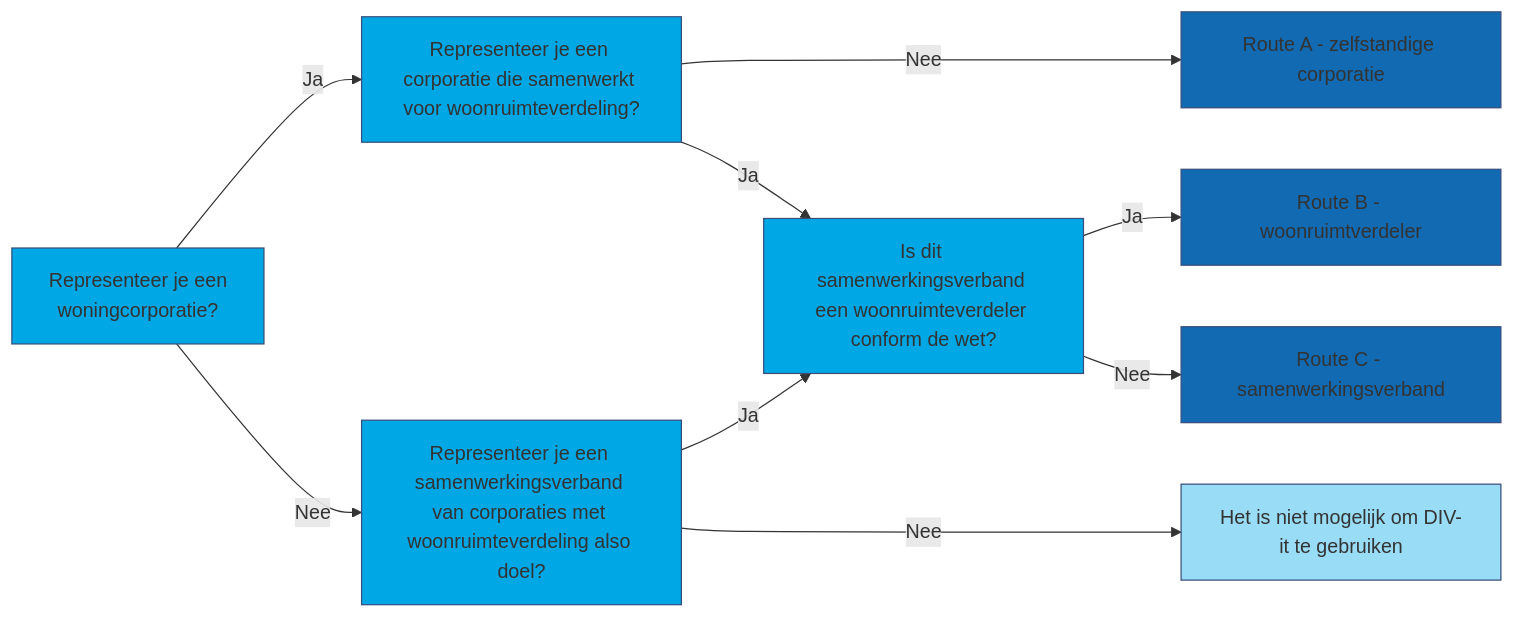
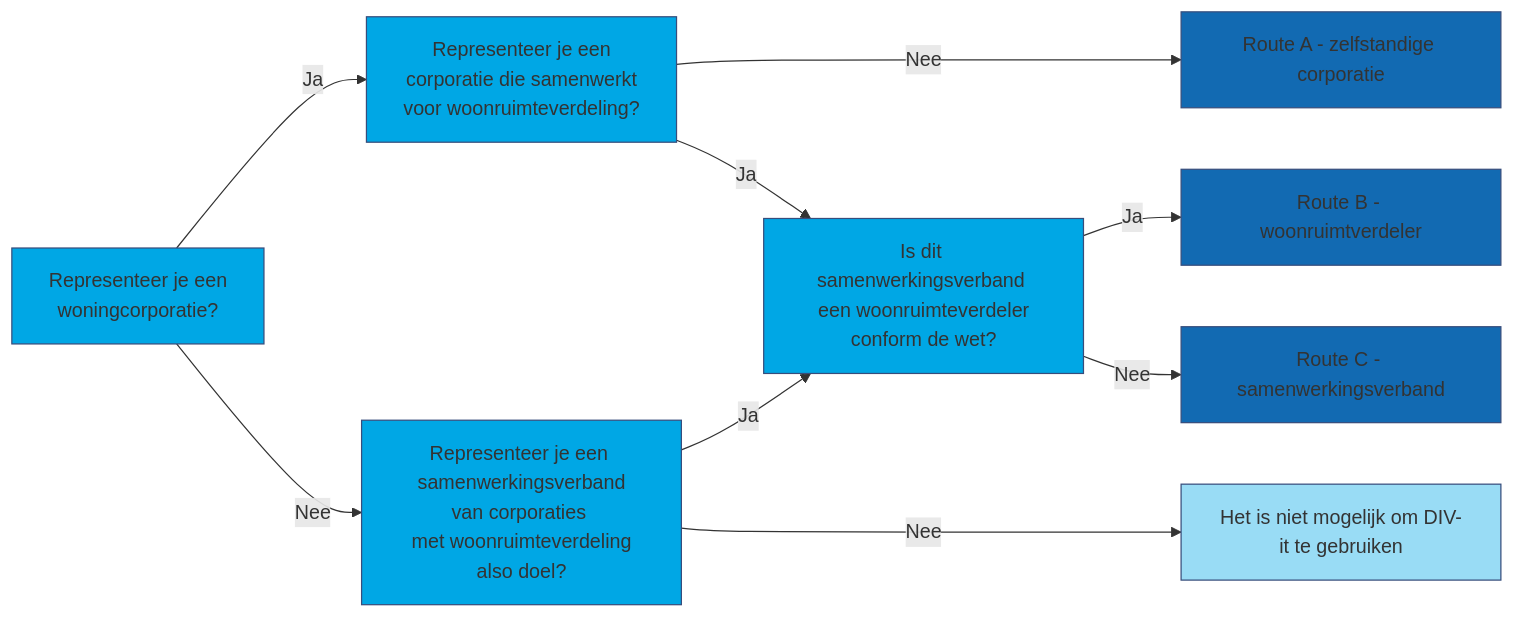
One commit to pdevickataedes/antora_test changed the diagram in modules/ROOT/pages/chapters/03_routekaart_voorbereiding.adoc. Above: the diagram before and after it, drawn with Mermaid.

```diff
--- a/modules/ROOT/pages/chapters/03_routekaart_voorbereiding.adoc
+++ b/modules/ROOT/pages/chapters/03_routekaart_voorbereiding.adoc
@@ -10,29 +10,29 @@
 [mermaid]
 ....
 
 graph LR
-  A[Representeer je een <br/> woningcorporatie?] --> |Ja| B[Representeer je een corporatie die samenwerkt voor woonruimteverdeling?];
-  A --> |Nee| C[Representeer je een samenwerkingsverband van corporaties met woonruimteverdeling also doel?];
+  A[Representeer je een <br/> woningcorporatie?] --> |Ja| B[Representeer je een <br/>  corporatie die samenwerkt <br/> voor woonruimteverdeling?];
+  A --> |Nee| C[Representeer je een <br/> samenwerkingsverband van corporaties <br/> met woonruimteverdeling also doel?];
 
   B --->|Nee| RouteA[Route A - zelfstandige corporatie];
-  B -->|Ja| D[Is dit samenwerkingsverband een woonruimteverdeler conform de wet?];
+  B -->|Ja| D[Is dit samenwerkingsverband <br /> een woonruimteverdeler conform de wet?];
 
   C -->|Ja| D;
   C --->|Nee| GeenRoute[Het is niet mogelijk om DIV-it te gebruiken];
 
   D -->|Ja| RouteB[Route B - woonruimtverdeler]
   D -->|Nee| RouteC[Route C - samenwerkingsverband]
 
   A:::Decision
   B:::Decision
   C:::Decision
   D:::Decision
   RouteA:::Route
   RouteB:::Route
   RouteC:::Route
   GeenRoute:::GeenRoute
   classDef Decision stroke-width:1px,  stroke:#374D7C, fill:#00A7E5 
   classDef Route stroke-width:1px,  stroke:#374D7C, fill:#126AB2 
   classDef GeenRoute stroke-width:1px,  stroke:#374D7C, fill:#99DCF5 
 
 ....
```
